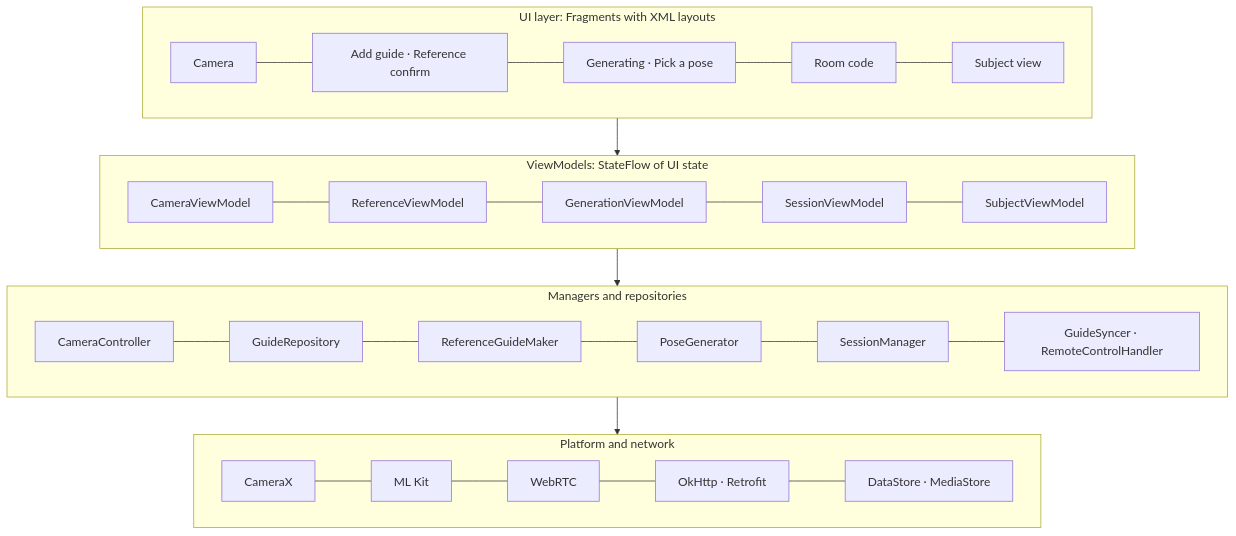
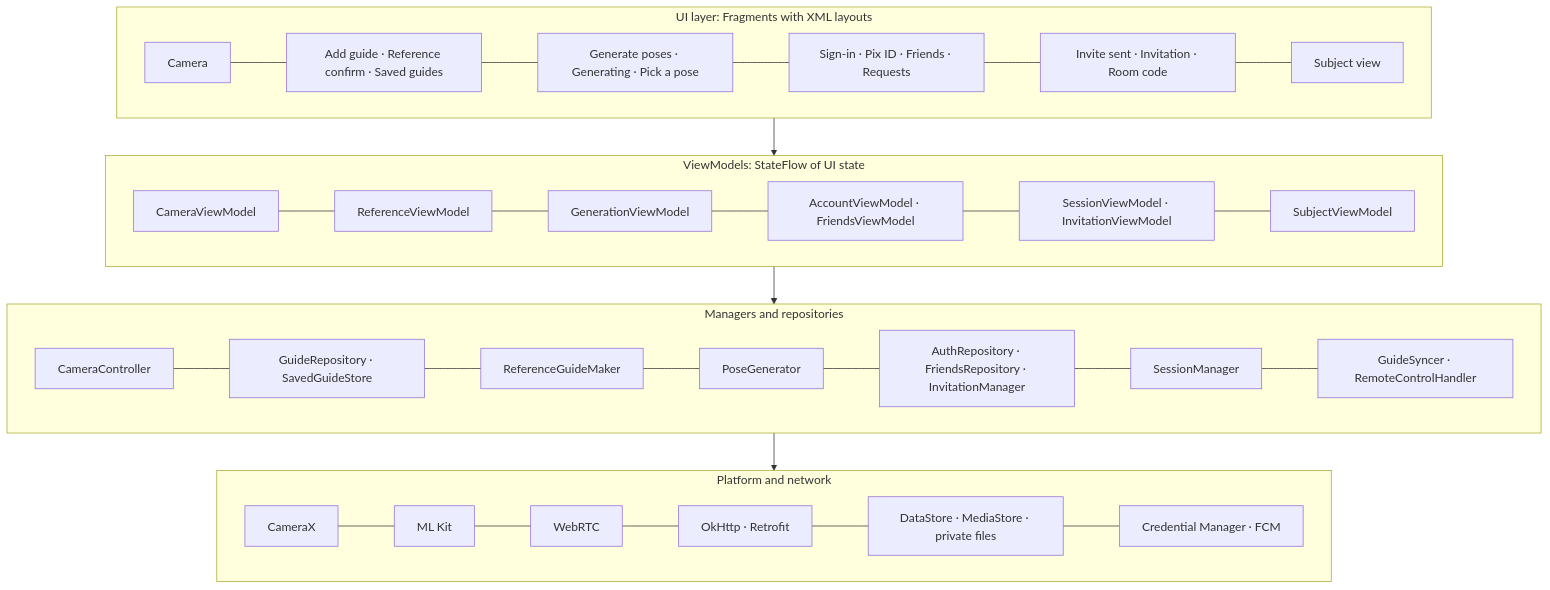
The fifth of 12 diagrams in wiki/Design-Documentation.md (snuhcs-course/swpp-2026-project-team-10), drawn with Mermaid before and after one commit. The commit also changed other lines of this file, not shown here.

````diff
--- a/wiki/Design-Documentation.md
+++ b/wiki/Design-Documentation.md
@@ -210,16 +288,16 @@
 ```mermaid
 flowchart TB
   subgraph UI["UI layer: Fragments with XML layouts"]
-    C1["Camera"] --- C2["Add guide · Reference confirm"] --- C3["Generating · Pick a pose"] --- C4["Room code"] --- C5["Subject view"]
+    C1["Camera"] --- C2["Add guide · Reference confirm · Saved guides"] --- C3["Generate poses · Generating · Pick a pose"] --- C4["Sign-in · Pix ID · Friends · Requests"] --- C5["Invite sent · Invitation · Room code"] --- C6["Subject view"]
   end
   subgraph VM["ViewModels: StateFlow of UI state"]
-    V1["CameraViewModel"] --- V2["ReferenceViewModel"] --- V3["GenerationViewModel"] --- V4["SessionViewModel"] --- V5["SubjectViewModel"]
+    V1["CameraViewModel"] --- V2["ReferenceViewModel"] --- V3["GenerationViewModel"] --- V4["AccountViewModel · FriendsViewModel"] --- V5["SessionViewModel · InvitationViewModel"] --- V6["SubjectViewModel"]
   end
   subgraph DOM["Managers and repositories"]
-    D1["CameraController"] --- D2["GuideRepository"] --- D3["ReferenceGuideMaker"] --- D4["PoseGenerator"] --- D5["SessionManager"] --- D6["GuideSyncer · RemoteControlHandler"]
+    D1["CameraController"] --- D2["GuideRepository · SavedGuideStore"] --- D3["ReferenceGuideMaker"] --- D4["PoseGenerator"] --- D5["AuthRepository · FriendsRepository · InvitationManager"] --- D6["SessionManager"] --- D7["GuideSyncer · RemoteControlHandler"]
   end
   subgraph SRC["Platform and network"]
-    S1["CameraX"] --- S2["ML Kit"] --- S3["WebRTC"] --- S4["OkHttp · Retrofit"] --- S5["DataStore · MediaStore"]
+    S1["CameraX"] --- S2["ML Kit"] --- S3["WebRTC"] --- S4["OkHttp · Retrofit"] --- S5["DataStore · MediaStore · private files"] --- S6["Credential Manager · FCM"]
   end
   UI --> VM --> DOM --> SRC
 ```
````
